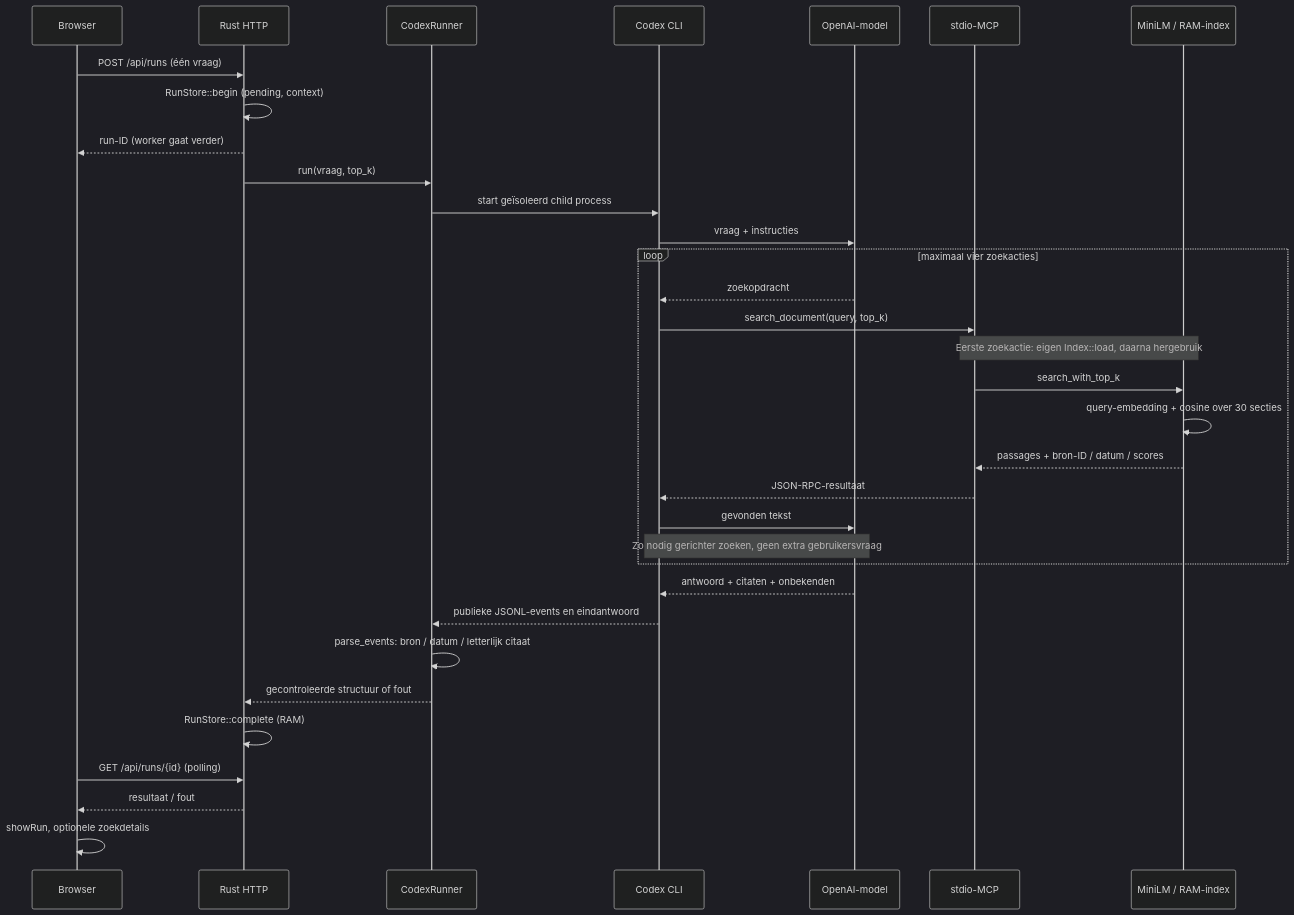
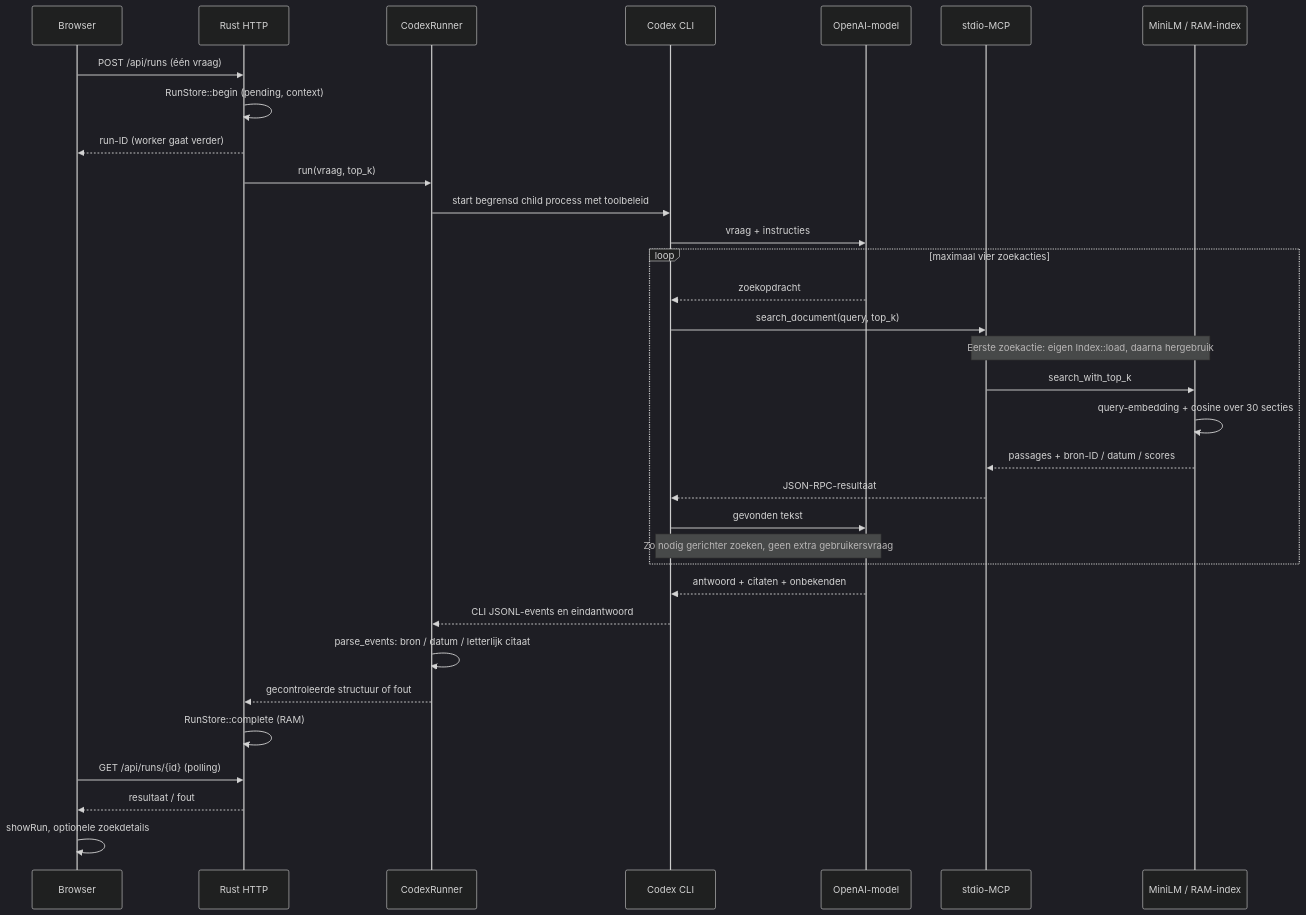
One commit to Daanvdplas/meedoenbalie-rag-learning changed the diagram in docs/code-tour-sequence.mmd. Above: the diagram before and after it, drawn with Mermaid (dark theme). The commit also changed 2 other files, not shown here.

```diff
--- a/docs/code-tour-sequence.mmd
+++ b/docs/code-tour-sequence.mmd
@@ -1,33 +1,33 @@
 sequenceDiagram
   participant B as Browser
   participant H as Rust HTTP
   participant R as CodexRunner
   participant C as Codex CLI
   participant O as OpenAI-model
   participant M as stdio-MCP
   participant I as MiniLM / RAM-index
   B->>H: POST /api/runs (één vraag)
   H->>H: RunStore::begin (pending, context)
   H-->>B: run-ID (worker gaat verder)
   H->>R: run(vraag, top_k)
-  R->>C: start geïsoleerd child process
+  R->>C: start begrensd child process met toolbeleid
   C->>O: vraag + instructies
   loop maximaal vier zoekacties
     O-->>C: zoekopdracht
     C->>M: search_document(query, top_k)
     Note over M,I: Eerste zoekactie: eigen Index::load, daarna hergebruik
     M->>I: search_with_top_k
     I->>I: query-embedding + cosine over 30 secties
     I-->>M: passages + bron-ID / datum / scores
     M-->>C: JSON-RPC-resultaat
     C->>O: gevonden tekst
     Note over C,O: Zo nodig gerichter zoeken, geen extra gebruikersvraag
   end
   O-->>C: antwoord + citaten + onbekenden
-  C-->>R: publieke JSONL-events en eindantwoord
+  C-->>R: CLI JSONL-events en eindantwoord
   R->>R: parse_events: bron / datum / letterlijk citaat
   R-->>H: gecontroleerde structuur of fout
   H->>H: RunStore::complete (RAM)
   B->>H: GET /api/runs/{id} (polling)
   H-->>B: resultaat / fout
   B->>B: showRun, optionele zoekdetails
```
